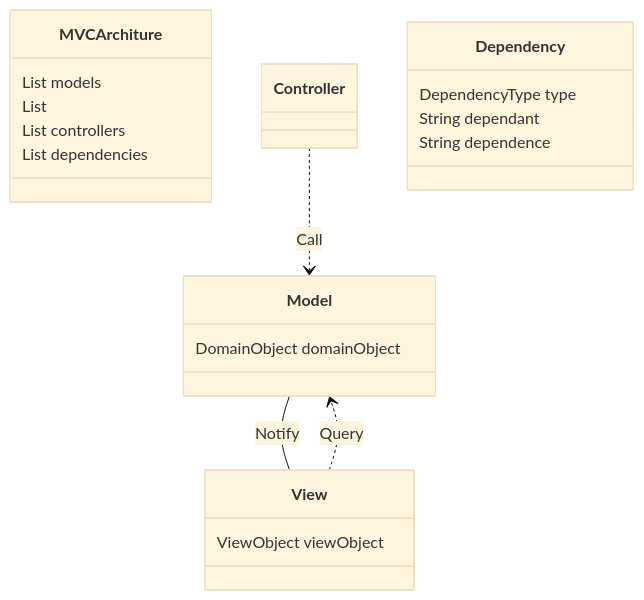
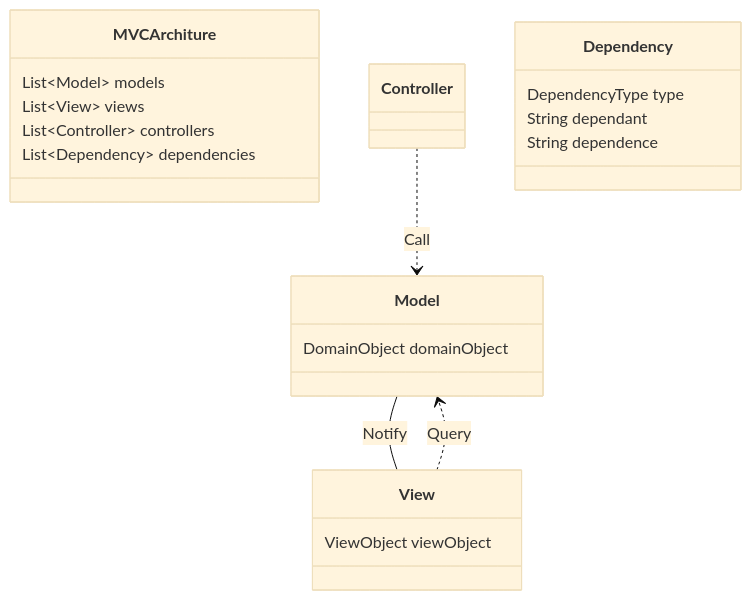
The first of 2 diagrams in architecture/ModuleArchitectureView.md (archguard/archguard-wiki), drawn with Mermaid (base theme) before and after one commit. The commit also changed other lines of this file and 1 other file, not shown here.

Commit message:
fix mermaid issue

````diff
--- a/architecture/ModuleArchitectureView.md
+++ b/architecture/ModuleArchitectureView.md
@@ -17,29 +17,29 @@
 ```mermaid
 classDiagram
 class MVCArchiture {
-	List<Model> models
-	List<View> views
-	List<Controller> controllers
-	List<Dependency> dependencies
+	List~Model~ models
+	List~View~ views
+	List~Controller~ controllers
+	List~Dependency~ dependencies
 }
 
 class Model {
 	DomainObject domainObject
 }
 
 class View {
 	ViewObject viewObject
 }
 
 class Controller
 
 Controller ..> Model : Call
 View ..> Model : Query
 Model -- View : Notify
 
 class Dependency {
 	DependencyType type
 	String dependant
 	String dependence
 }
 ```
````
